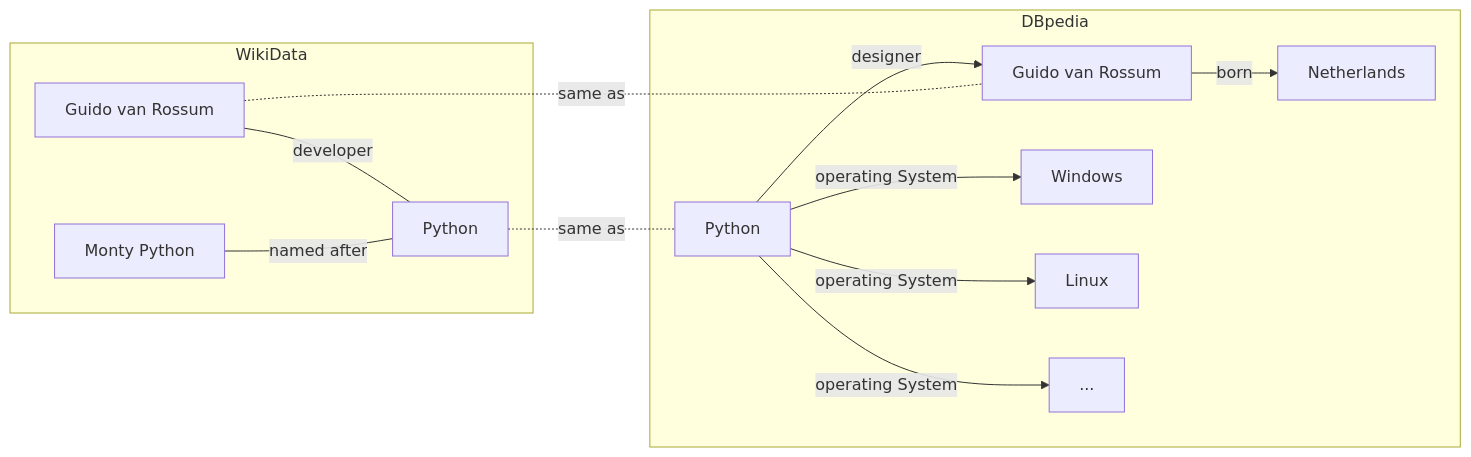
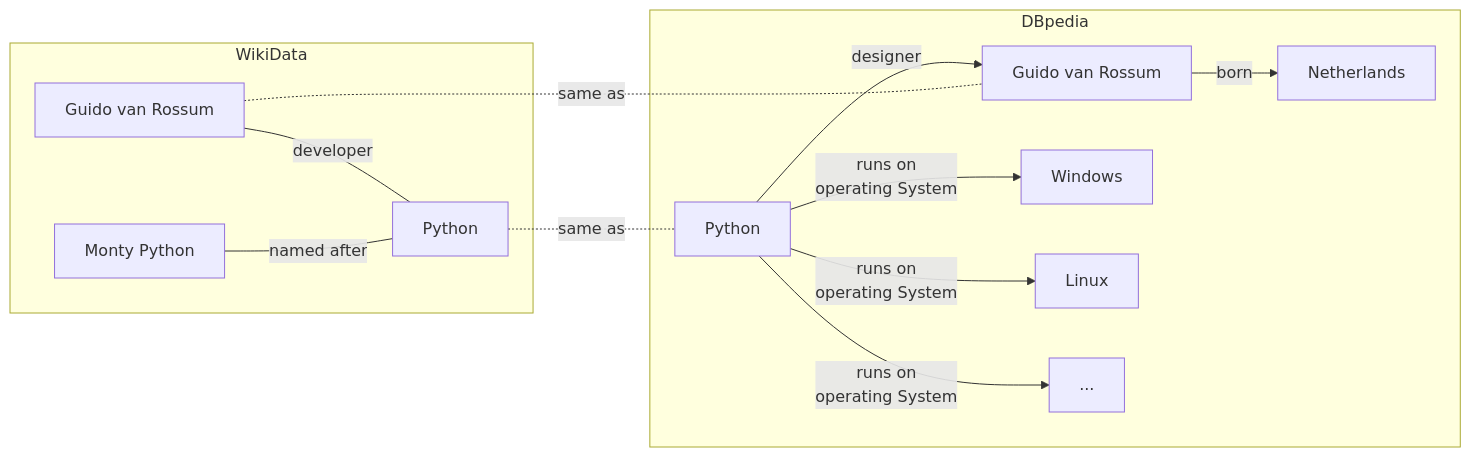
One commit to ioggstream/python-course changed the fifth of 6 diagrams in sparql-101/01-knowledge.md. Above: the diagram before and after it, drawn with Mermaid. The commit also changed other lines of this file and 9 other files, not shown here.

````diff
--- a/sparql-101/01-knowledge.md
+++ b/sparql-101/01-knowledge.md
@@ -129,18 +149,18 @@
 ```mermaid
 graph LR
 
 subgraph dbpedia[DBpedia]
   dbr:Python[Python] -->|designer| dbr:gvr[Guido van Rossum]
-  dbr:Python[Python] -->|operating System| dbr:win[Windows] & dbr:linux[Linux] & ...
+  dbr:Python[Python] -->|runs on<br>operating System| dbr:win[Windows] & dbr:linux[Linux] & ...
   dbr:gvr -->|born| dbr:nl[Netherlands]
 end
 
 
 subgraph wikidata[WikiData]
   wd:Q30942[Guido van Rossum] ---|developer| wd:Q28865[Python]
   wd:Q16402[Monty Python] ---|named after| wd:Q28865
 end
 
 wd:Q28865 -.-|same as| dbr:Python
 wd:Q30942 -.-|same as| dbr:gvr
 ```
````
